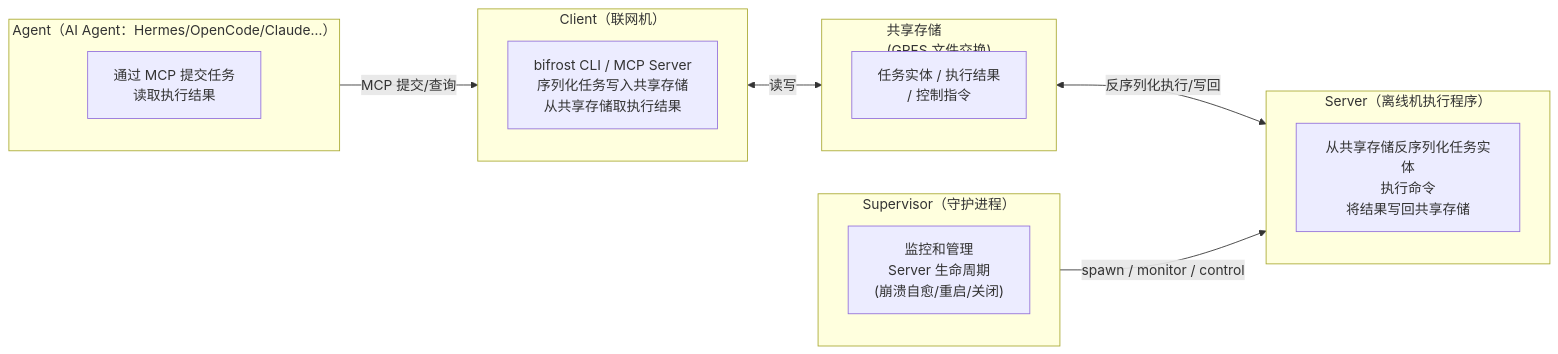
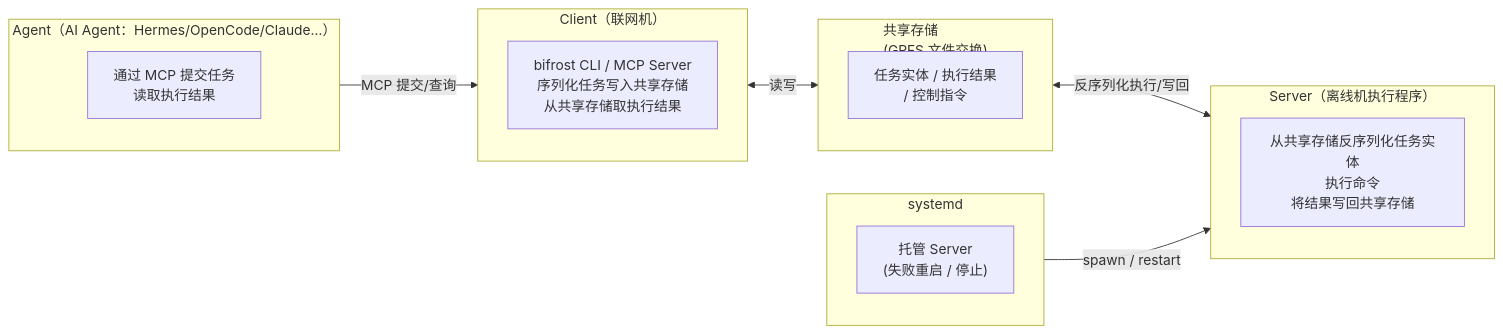
One commit to peterlau123/bifrost changed the first of 3 diagrams in README.zh-CN.md. Above: the diagram before and after it, drawn with Mermaid. The commit also changed other lines of this file and 12 other files, not shown here.

````diff
--- a/README.zh-CN.md
+++ b/README.zh-CN.md
@@ -102,27 +101,27 @@
 ```mermaid
 flowchart LR
     subgraph Agent["Agent（AI Agent：Hermes/OpenCode/Claude…）"]
         A1["通过 MCP 提交任务<br/>读取执行结果"]
     end
 
     subgraph Client["Client（联网机）"]
         C1["bifrost CLI / MCP Server<br/>序列化任务写入共享存储<br/>从共享存储取执行结果"]
     end
 
     subgraph SS["共享存储<br/>(GPFS 文件交换)"]
         S1["任务实体 / 执行结果<br/>/ 控制指令"]
     end
 
     subgraph Server["Server（离线机执行程序）"]
         R1["从共享存储反序列化任务实体<br/>执行命令<br/>将结果写回共享存储"]
     end
 
-    subgraph Supervisor["Supervisor（守护进程）"]
-        V1["监控和管理<br/>Server 生命周期<br/>(崩溃自愈/重启/关闭)"]
+    subgraph Supervisor["systemd"]
+        V1["托管 Server<br/>(失败重启 / 停止)"]
     end
 
     Agent -->|"MCP 提交/查询"| Client
     Client <-->|"读写"| SS
     SS <-->|"反序列化执行/写回"| Server
-    Supervisor -->|"spawn / monitor / control"| Server
+    Supervisor -->|"spawn / restart"| Server
 ```
````
